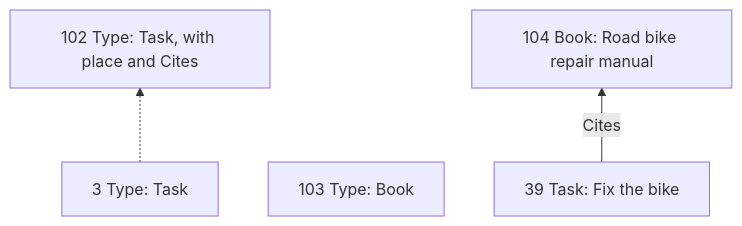
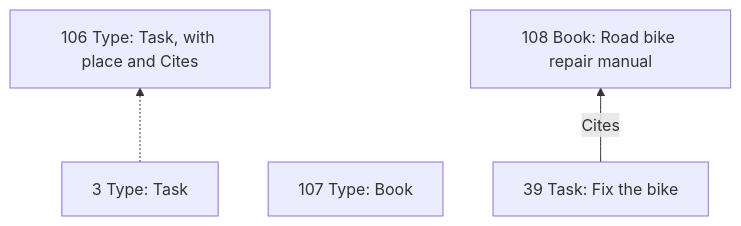
One commit to RezaOnGithub/lifecore changed diagram 13 of 13 in docs/PLANNING-EXPLAINER.md. Above: the diagram before and after it, drawn with Mermaid. The commit also changed other lines of this file and 1 other file, not shown here.

````diff
--- a/docs/PLANNING-EXPLAINER.md
+++ b/docs/PLANNING-EXPLAINER.md
@@ -1557,6 +1663,6 @@
 ```mermaid
 flowchart BT
-    TT["3 Type: Task"] -.-> TT2["102 Type: Task, with place and Cites"]
-    BT["103 Type: Book"]
-    C["39 Task: Fix the bike"] -- Cites --> M["104 Book: Road bike repair manual"]
+    TT["3 Type: Task"] -.-> TT2["106 Type: Task, with place and Cites"]
+    BT["107 Type: Book"]
+    C["39 Task: Fix the bike"] -- Cites --> M["108 Book: Road bike repair manual"]
 ```
````
